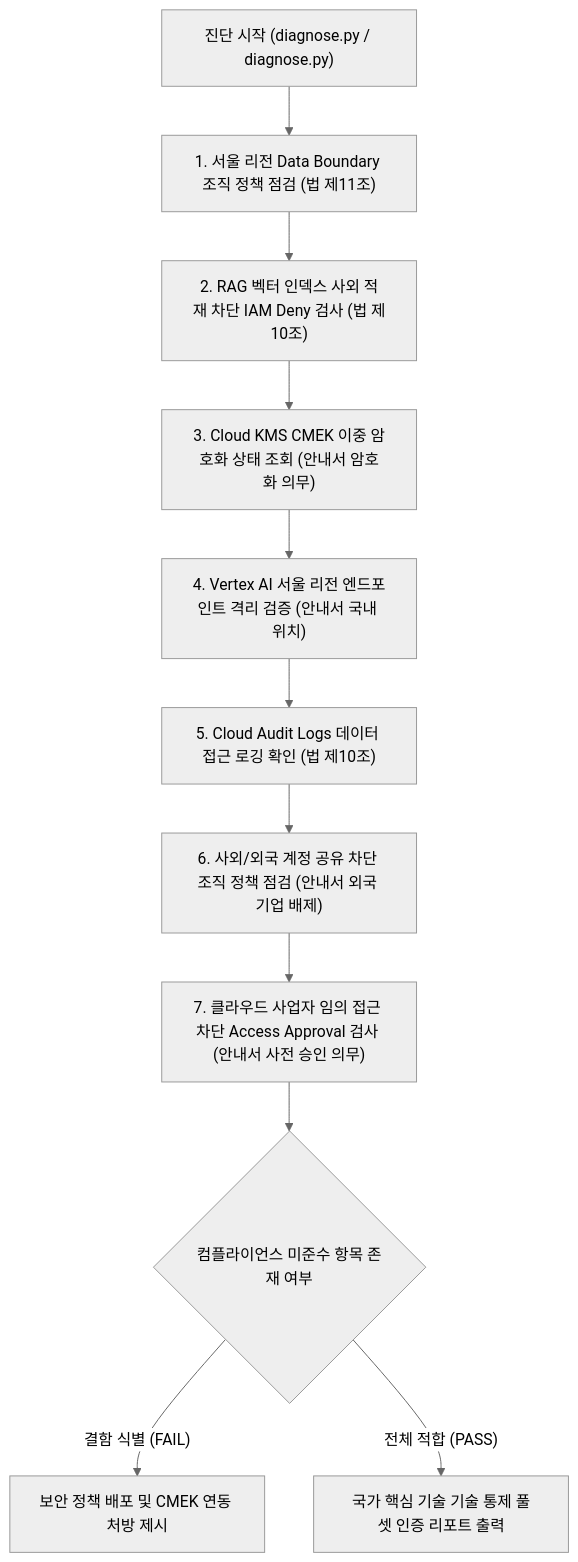
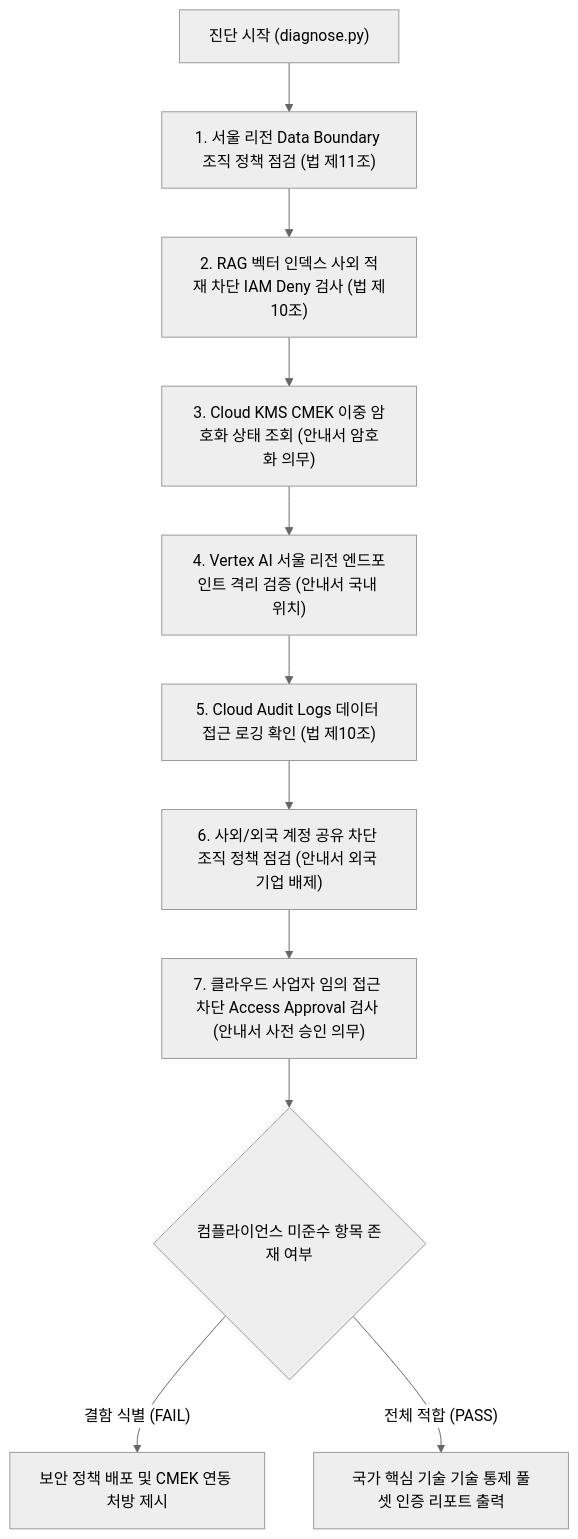
The diagram in samples/korea-nct-compliance-checker/README.md (jiangjun-forge/google-cloud-0-to-1), drawn with Mermaid (neutral theme) before and after one commit. The commit also changed other lines of this file and 193 other files, not shown here.

````diff
--- a/samples/korea-nct-compliance-checker/README.md
+++ b/samples/korea-nct-compliance-checker/README.md
@@ -45,13 +45,13 @@
 ```mermaid
-graph TD
-    A["진단 시작 (diagnose.py / diagnose.py)"] --> B["1. 서울 리전 Data Boundary 조직 정책 점검 (법 제11조)"]
+flowchart TD
+    A["진단 시작 (diagnose.py)"] --> B["1. 서울 리전 Data Boundary 조직 정책 점검 (법 제11조)"]
     B --> C["2. RAG 벡터 인덱스 사외 적재 차단 IAM Deny 검사 (법 제10조)"]
     C --> D["3. Cloud KMS CMEK 이중 암호화 상태 조회 (안내서 암호화 의무)"]
     D --> E["4. Vertex AI 서울 리전 엔드포인트 격리 검증 (안내서 국내 위치)"]
     E --> F["5. Cloud Audit Logs 데이터 접근 로깅 확인 (법 제10조)"]
     F --> G["6. 사외/외국 계정 공유 차단 조직 정책 점검 (안내서 외국 기업 배제)"]
     G --> H["7. 클라우드 사업자 임의 접근 차단 Access Approval 검사 (안내서 사전 승인 의무)"]
     H --> I{"컴플라이언스 미준수 항목 존재 여부"}
     I -- "결함 식별 (FAIL)" --> J["보안 정책 배포 및 CMEK 연동 처방 제시"]
     I -- "전체 적합 (PASS)" --> K["국가 핵심 기술 기술 통제 풀셋 인증 리포트 출력"]
 ```
````
